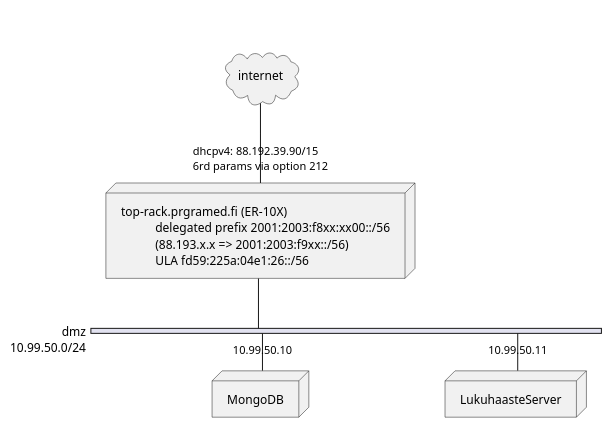
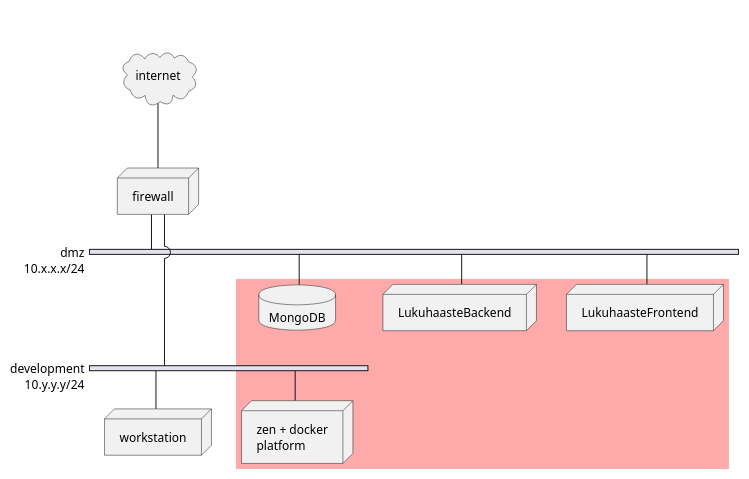
One commit to jppaalassalo/secpro changed the diagram in README.md. Above: the diagram before and after it, drawn with PlantUML. The commit also changed other lines of this file, not shown here.

Commit message:
Update README.md improved network diagram.

````diff
--- a/README.md
+++ b/README.md
@@ -22,18 +24,29 @@
 ```plantuml
+@startuml
 nwdiag {
+  group docker {
+    color = "#FFaaaa";
+    MongoDB [shape=database];
+    LukuhaasteBackend [shape=node];
+    LukuhaasteFrontend [shape=node];
+    zendocker;
+  }
   internet [shape = cloud, description = "internet"];
   internet -- firewall; 
-  firewall [shape=node, \
-           address = "dhcpv4: 88.192.39.90/15 \n6rd params via option 212", \
-           description = "top-rack.prgramed.fi (ER-10X) \n\
-           delegated prefix 2001:2003:f8xx:xx00::/56\n\
-           (88.193.x.x => 2001:2003:f9xx::/56) \n\
-           ULA fd59:225a:04e1:26::/56"];
-
+  firewall [shape=node ];
   network dmz {
-      address = "10.99.50.0/24";
+      address = "10.x.x.x/24";
       firewall;
-      MongoDB [shape=node, address = "10.99.50.10"];
-      LukuhaasteServer [shape=node, address = "10.99.50.11"];
+      MongoDB;
+      LukuhaasteFrontend;
+      LukuhaasteBackend;
   }
+  
+  network development {
+    address = "10.y.y.y/24";
+    firewall;
+    zendocker [shape=node, description = "zen + docker\nplatform"];
+    workstation [ shape=node ];
+  }
+@enduml
 ```
````
